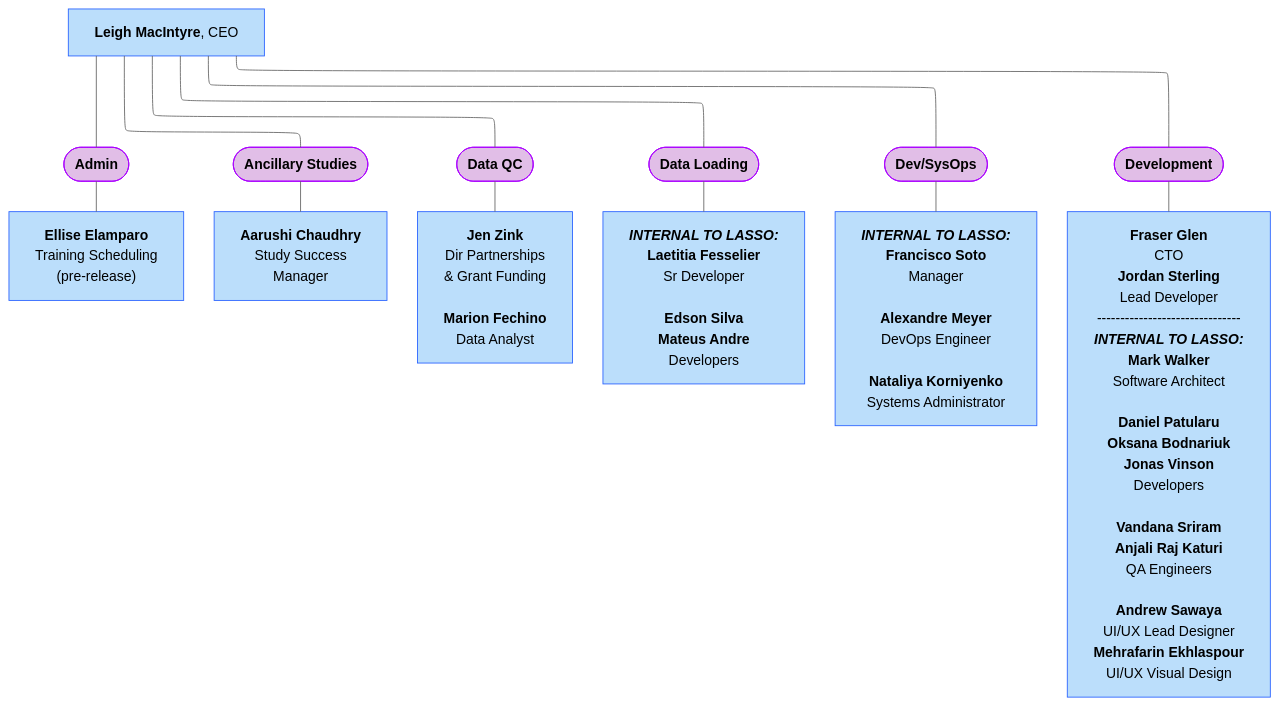
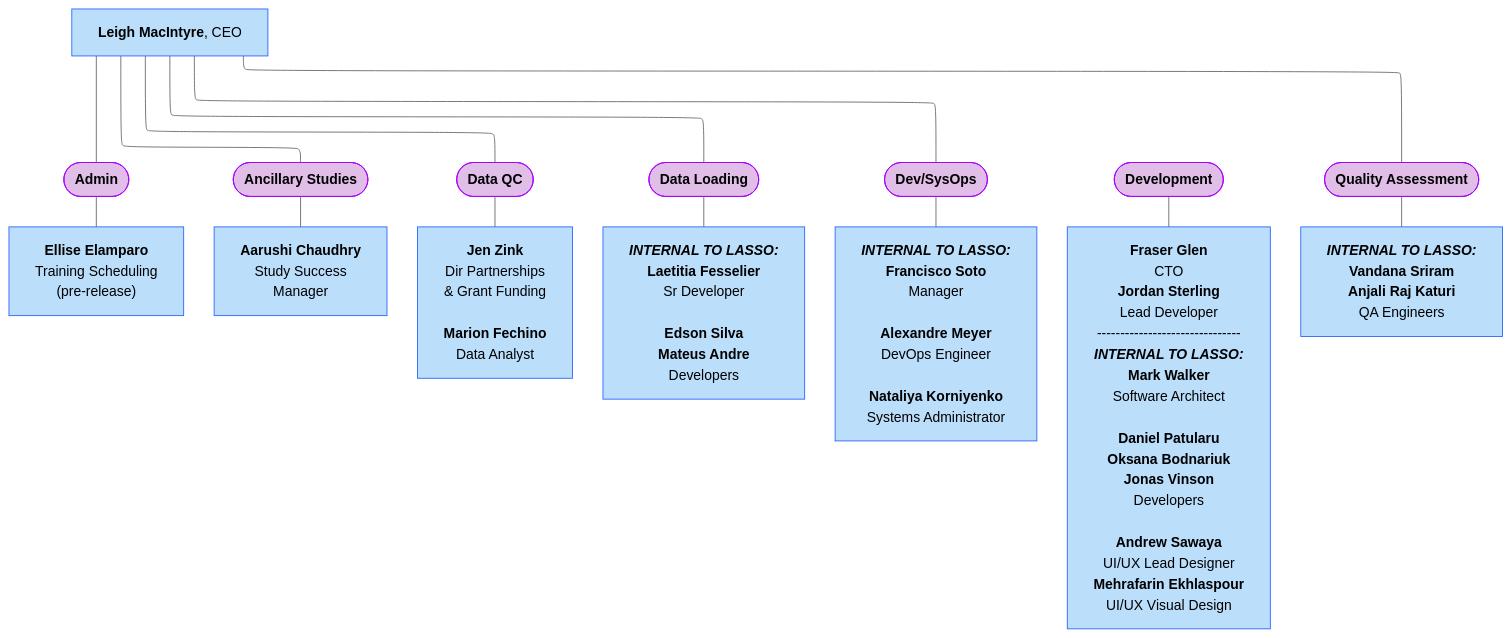
Before and after one commit to DCAN-Labs/hbcd-docs-internal: the fourth of 11 diagrams in docs/orgcharts.md, drawn with Mermaid (neutral theme).

Commit message:
update lasso to make QA a separate domain

````diff
--- a/docs/orgcharts.md
+++ b/docs/orgcharts.md
@@ -182,35 +182,38 @@
 ```mermaid
 ---
 config:
   layout: elk
 ---
 flowchart TB
     B(["<b>Admin</b>"]) --- n5["<b>Ellise Elamparo</b><br>Training Scheduling<br>(pre-release)"]
     n1(["<b>Ancillary Studies</b>"]) --- n6["<b>Aarushi Chaudhry<br></b>Study Success<br>Manager"]
     n2(["<b>Data QC</b>"]) --- n7["<b>Jen Zink<br></b>Dir Partnerships<br>&amp; Grant Funding<br><br><b>Marion Fechino</b><br>Data Analyst"]
     n4(["<b>Data Loading</b>"]) --- n9["<b><i>INTERNAL TO LASSO:</i></b><br><b>Laetitia Fesselier</b><br>Sr Developer<br>
     <b>Edson Silva</b><br><b>Mateus Andre</b><br>Developers"]
     n23(["<b>Dev/SysOps</b>"]) --- n24["<b><i>INTERNAL TO LASSO:</i><br>Francisco Soto</b><br>Manager<br>
     <b>Alexandre Meyer</b><br>DevOps Engineer<br><br><b>Nataliya Korniyenko<br></b>Systems Administrator"]
     n22(["<b>Development</b>"]) --- n26["<b>Fraser Glen<br></b>CTO<br><b>Jordan Sterling<br></b>Lead Developer
     -------------------------------
     <b><i>INTERNAL TO LASSO:</i>
     Mark Walker</b><br>Software Architect<br>
     <b>Daniel Patularu</b><br><b>Oksana Bodnariuk<br>Jonas Vinson<br></b>Developers<br>
-    <b>Vandana Sriram</b><br><b>Anjali Raj Katuri<br></b>QA Engineers<br>
     <b>Andrew Sawaya</b><br>UI/UX Lead Designer<br><b>Mehrafarin Ekhlaspour</b><br>UI/UX Visual Design"]
-    A["<b>Leigh MacIntyre</b>, CEO"] --- n22 & n23 & n2 & B & n4 & n1
+    A["<b>Leigh MacIntyre</b>, CEO"] ~~~ n22
+    A --- n23 & n2 & B & n4 & n1 & n27(["<b>Quality Assessment</b>"])
+    n27 --- n28["<b><i>INTERNAL TO LASSO:</i></b><br><b>Vandana Sriram</b><br><b>Anjali Raj Katuri<br></b>QA Engineers<br>"]
     style B fill:#E1BEE7,stroke:#AA00FF
+    style n1 fill:#E1BEE7,stroke:#AA00FF
+    style n2 fill:#E1BEE7,stroke:#AA00FF
+    style n4 fill:#E1BEE7,stroke:#AA00FF
+    style n23 fill:#E1BEE7,stroke:#AA00FF
+    style n22 fill:#E1BEE7,stroke:#AA00FF
+    style n27 fill:#E1BEE7,stroke:#AA00FF
     style n5 fill:#BBDEFB,stroke:#2962FF
-    style n1 fill:#E1BEE7,stroke:#AA00FF
     style n6 fill:#BBDEFB,stroke:#2962FF
-    style n2 fill:#E1BEE7,stroke:#AA00FF
     style n7 fill:#BBDEFB,stroke:#2962FF
-    style n4 fill:#E1BEE7,stroke:#AA00FF
     style n9 fill:#BBDEFB,stroke:#2962FF
-    style n23 fill:#E1BEE7,stroke:#AA00FF
     style n24 fill:#BBDEFB,stroke:#2962FF
-    style n22 fill:#E1BEE7,stroke:#AA00FF
     style n26 fill:#BBDEFB,stroke:#2962FF
     style A fill:#BBDEFB,stroke:#2962FF
+    style n28 fill:#BBDEFB,stroke:#2962FF
 ```
````
